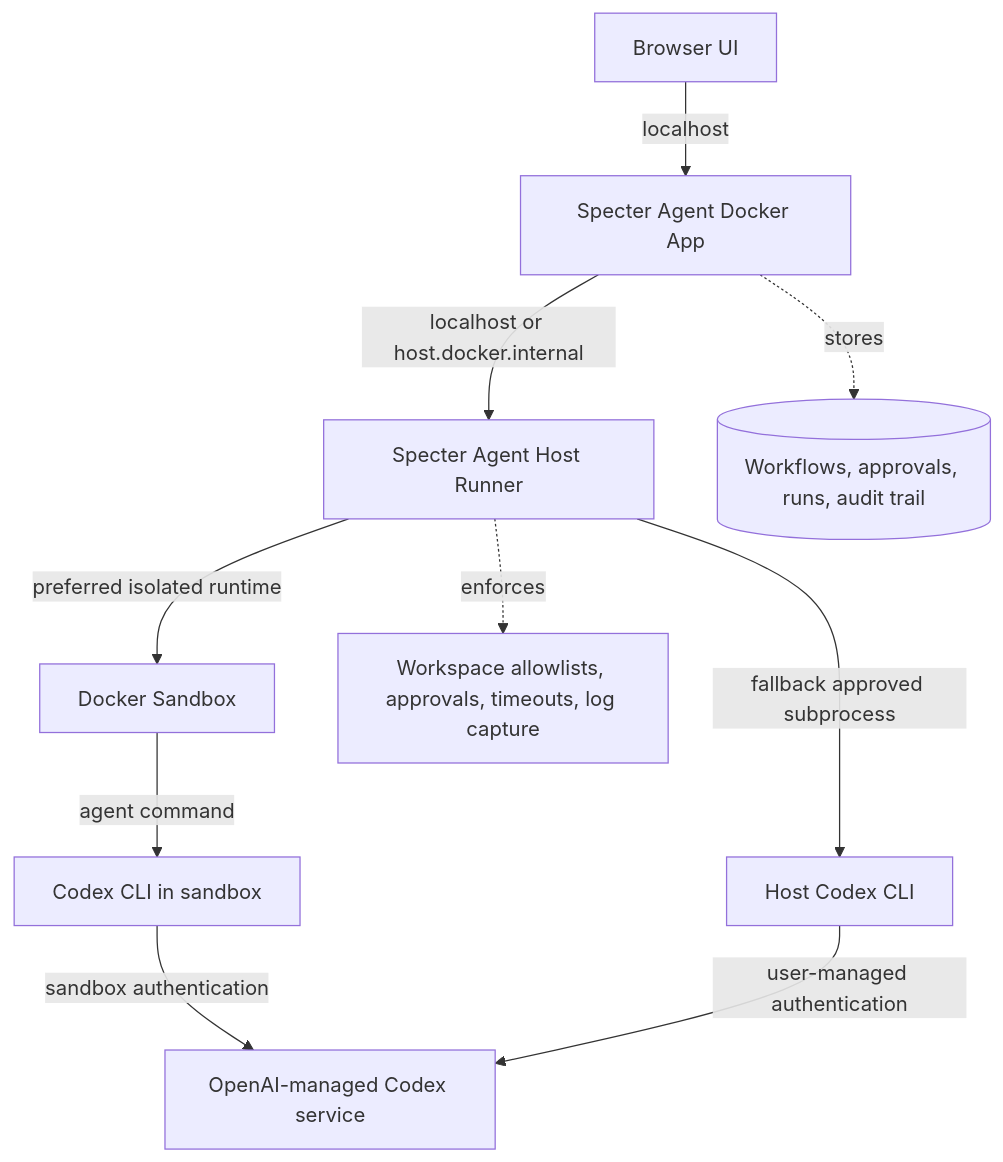
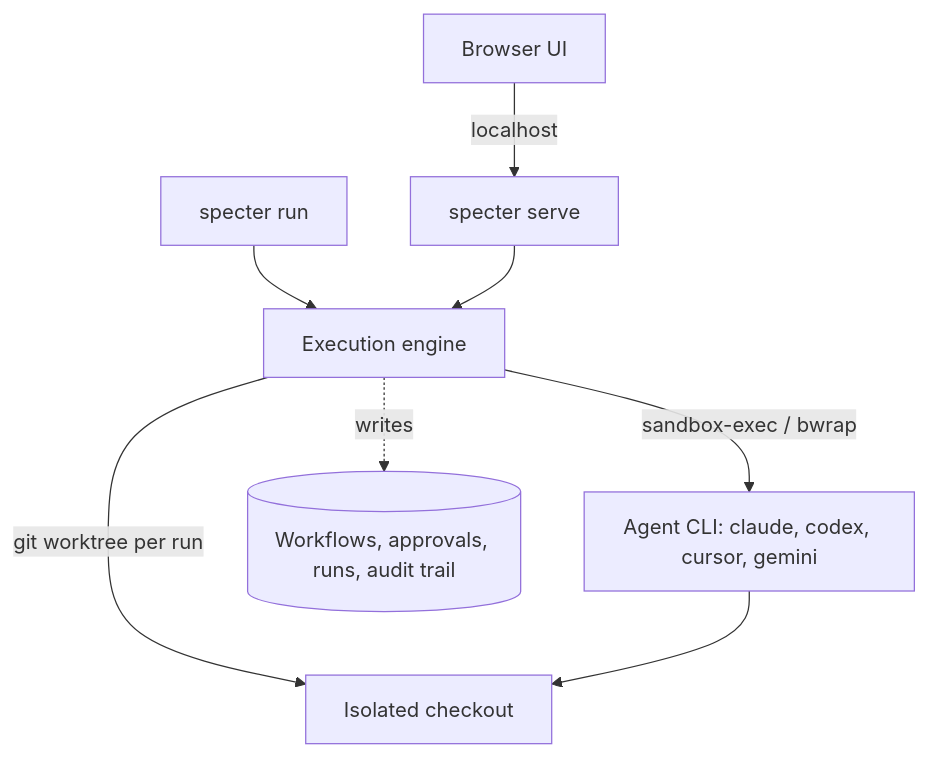
One commit to navjyotnishant/specter-agent changed the diagram in docs/docs/guides/codex-cli-host-runner.md. Above: the diagram before and after it, drawn with Mermaid. The commit also changed other lines of this file and 9 other files, not shown here.

First line of the commit message:
docs: describe the architecture that exists

````diff
--- a/docs/docs/guides/codex-cli-host-runner.md
+++ b/docs/docs/guides/codex-cli-host-runner.md
@@ -17,13 +28,10 @@
 ```mermaid
 flowchart TD
-    Browser[Browser UI] -->|localhost| App[Specter Agent Docker App]
-    App -->|localhost or host.docker.internal| Runner[Specter Agent Host Runner]
-    Runner -->|preferred isolated runtime| Sandbox[Docker Sandbox]
-    Sandbox -->|agent command| CodexSandbox[Codex CLI in sandbox]
-    Runner -->|fallback approved subprocess| Codex[Host Codex CLI]
-    CodexSandbox -->|sandbox authentication| OpenAI[OpenAI-managed Codex service]
-    Codex -->|user-managed authentication| OpenAI[OpenAI-managed Codex service]
-
-    App -. stores .-> State[(Workflows, approvals, runs, audit trail)]
-    Runner -. enforces .-> Policy[Workspace allowlists, approvals, timeouts, log capture]
+    Browser[Browser UI] -->|localhost| App[specter serve]
+    CLI[specter run] --> Engine
+    App --> Engine[Execution engine]
+    Engine -->|git worktree per run| Worktree[Isolated checkout]
+    Engine -->|sandbox-exec / bwrap| Agent[Agent CLI: claude, codex, cursor, gemini]
+    Agent --> Worktree
+    Engine -. writes .-> State[(Workflows, approvals, runs, audit trail)]
 ```
````
